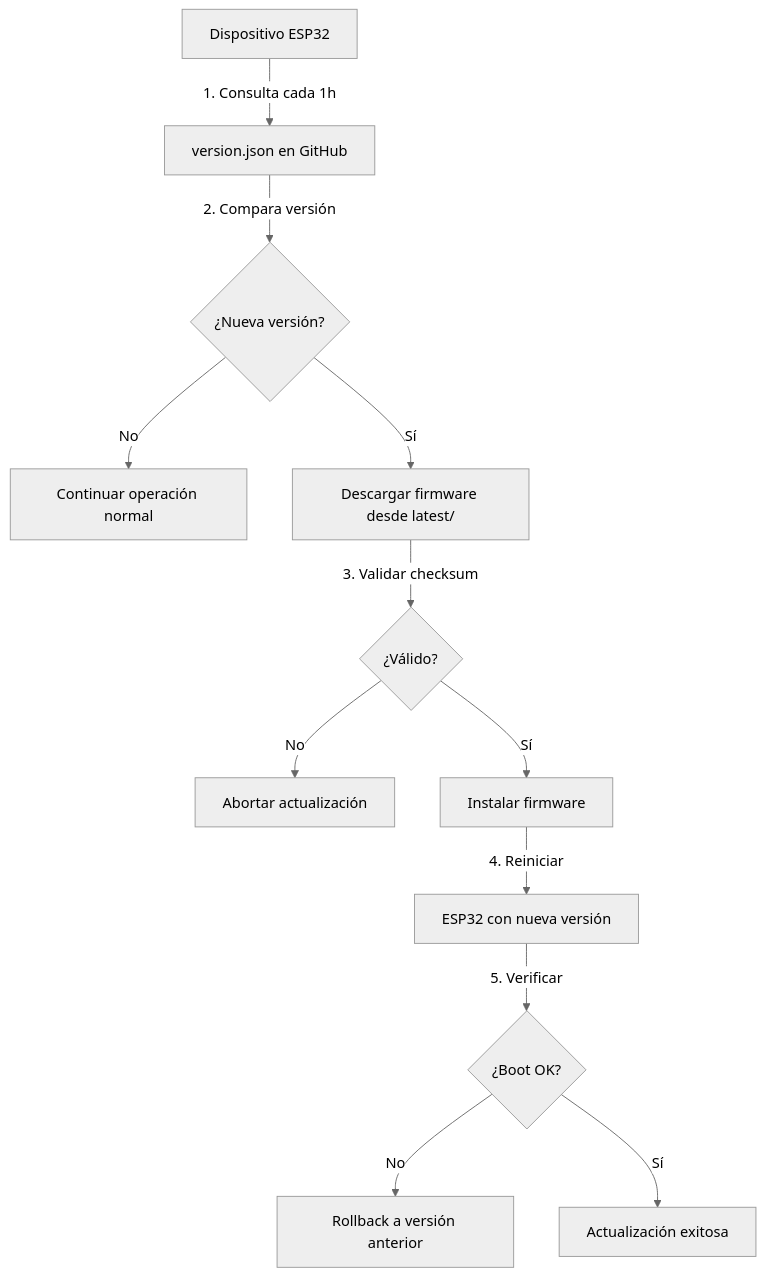
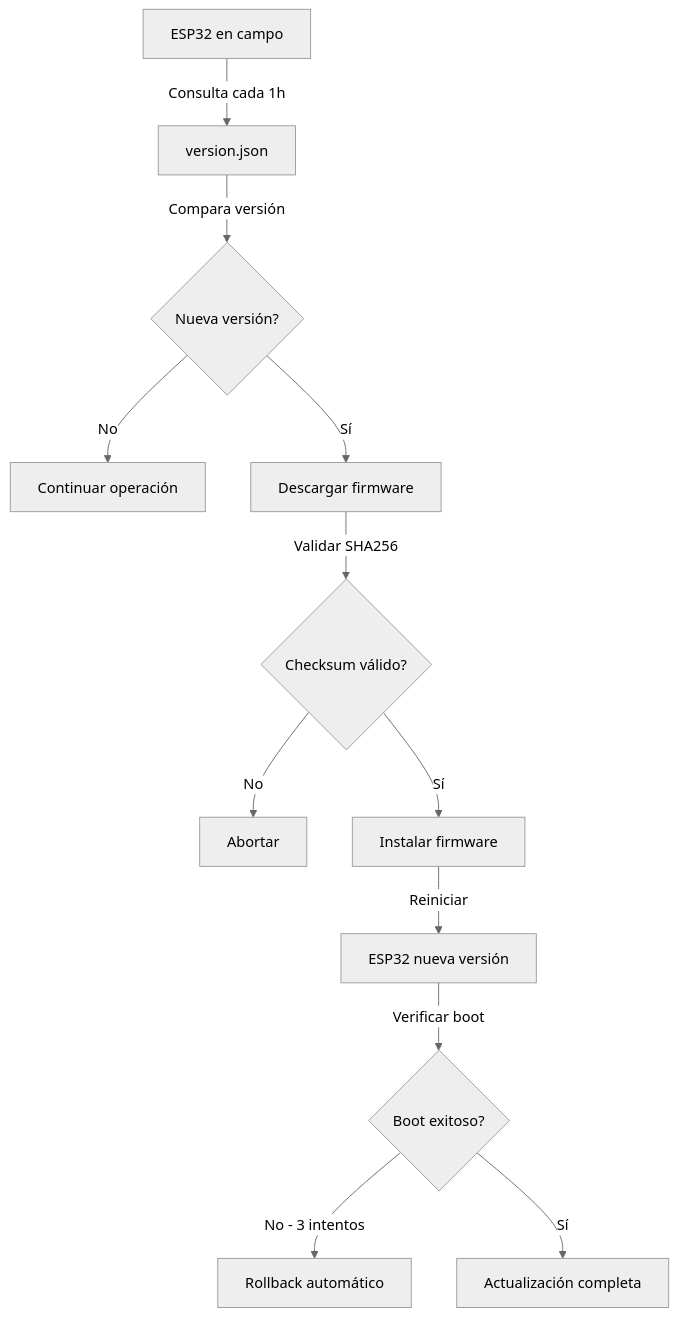
The diagram in README.md (GrupoERE/AQUADATA-OTA), drawn with Mermaid (neutral theme) before and after one commit. The commit also changed other lines of this file, not shown here.

````diff
--- a/README.md
+++ b/README.md
@@ -119,14 +84,14 @@
 ```mermaid
 graph TD
-    A[Dispositivo ESP32] -->|1. Consulta cada 1h| B[version.json en GitHub]
-    B -->|2. Compara versión| C{¿Nueva versión?}
-    C -->|No| D[Continuar operación normal]
-    C -->|Sí| E[Descargar firmware desde latest/]
-    E -->|3. Validar checksum| F{¿Válido?}
-    F -->|No| G[Abortar actualización]
+    A[ESP32 en campo] -->|Consulta cada 1h| B[version.json]
+    B -->|Compara versión| C{Nueva versión?}
+    C -->|No| D[Continuar operación]
+    C -->|Sí| E[Descargar firmware]
+    E -->|Validar SHA256| F{Checksum válido?}
+    F -->|No| G[Abortar]
     F -->|Sí| H[Instalar firmware]
-    H -->|4. Reiniciar| I[ESP32 con nueva versión]
-    I -->|5. Verificar| J{¿Boot OK?}
-    J -->|No| K[Rollback a versión anterior]
-    J -->|Sí| L[Actualización exitosa]
+    H -->|Reiniciar| I[ESP32 nueva versión]
+    I -->|Verificar boot| J{Boot exitoso?}
+    J -->|No - 3 intentos| K[Rollback automático]
+    J -->|Sí| L[Actualización completa]
 ```
````
